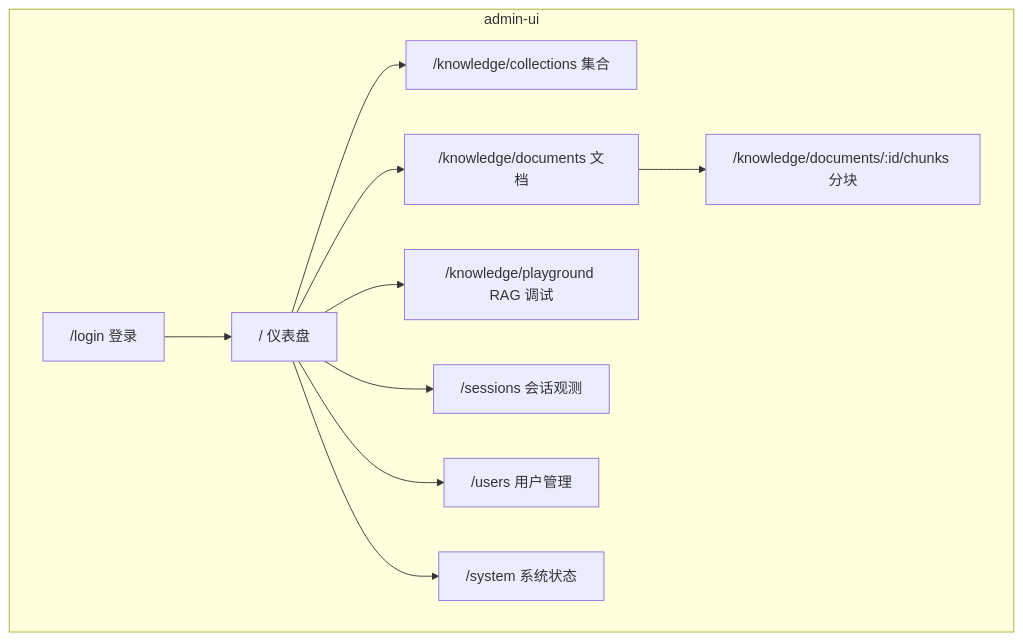
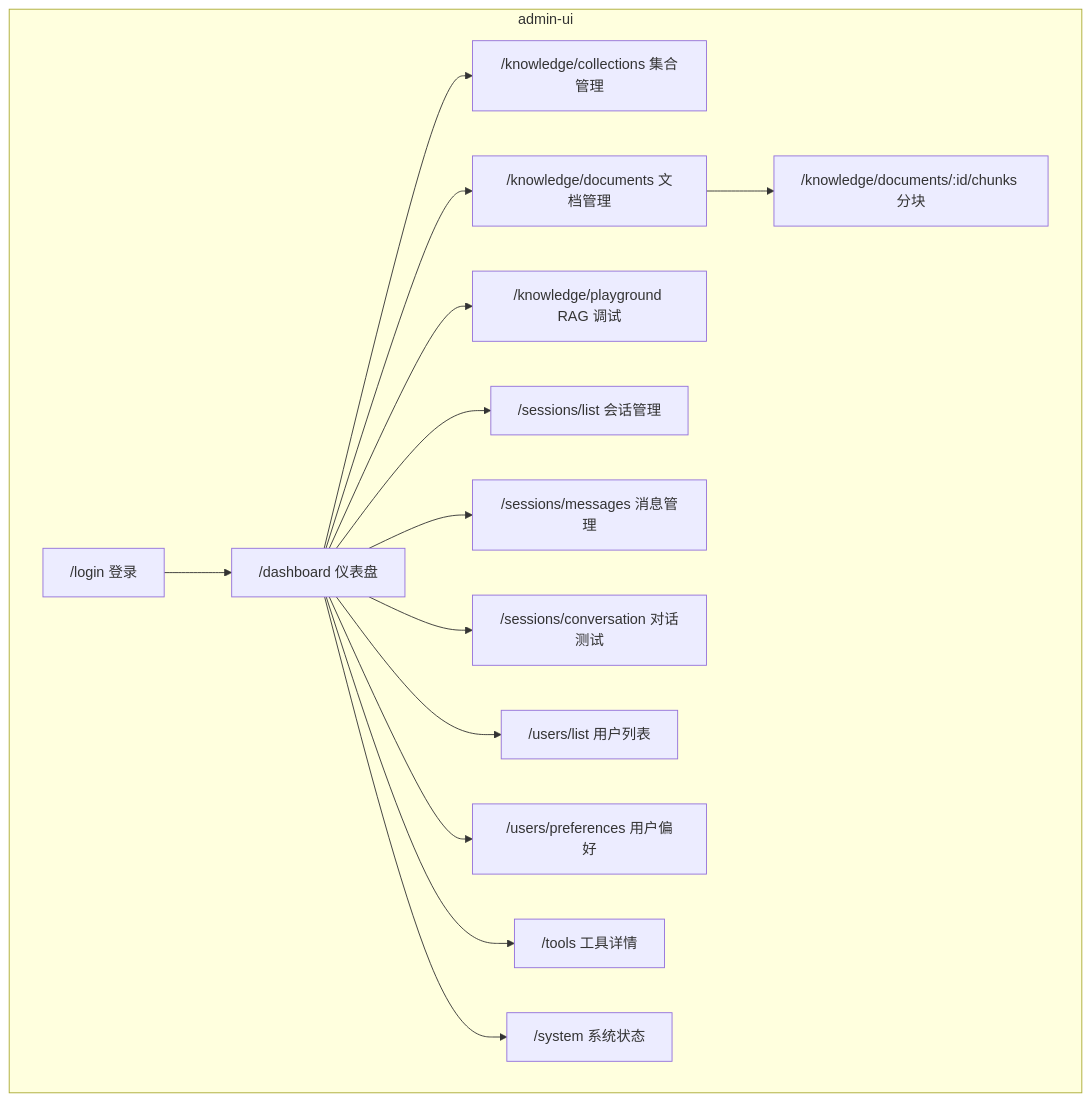
One commit to ma-xiaofang/travel-ai-agent changed the first of 3 diagrams in docs/admin-ui设计.md. Above: the diagram before and after it, drawn with Mermaid. The commit also changed other lines of this file, not shown here.

````diff
--- a/docs/admin-ui设计.md
+++ b/docs/admin-ui设计.md
@@ -73,23 +77,31 @@
 ```mermaid
 flowchart TB
   subgraph admin [admin-ui]
     Login["/login 登录"]
-    Dash["/ 仪表盘"]
-    Coll["/knowledge/collections 集合"]
-    Doc["/knowledge/documents 文档"]
+    Dash["/dashboard 仪表盘"]
+    Coll["/knowledge/collections 集合管理"]
+    Doc["/knowledge/documents 文档管理"]
     Chunk["/knowledge/documents/:id/chunks 分块"]
     Play["/knowledge/playground RAG 调试"]
-    Sess["/sessions 会话观测"]
-    User["/users 用户管理"]
+    SessList["/sessions/list 会话管理"]
+    SessMsg["/sessions/messages 消息管理"]
+    SessChat["/sessions/conversation 对话测试"]
+    UserList["/users/list 用户列表"]
+    UserPref["/users/preferences 用户偏好"]
+    Tools["/tools 工具详情"]
     Sys["/system 系统状态"]
   end
 
   Login --> Dash
   Dash --> Coll
   Dash --> Doc
   Doc --> Chunk
   Dash --> Play
-  Dash --> Sess
-  Dash --> User
+  Dash --> SessList
+  Dash --> SessMsg
+  Dash --> SessChat
+  Dash --> UserList
+  Dash --> UserPref
+  Dash --> Tools
   Dash --> Sys
 ```
````
